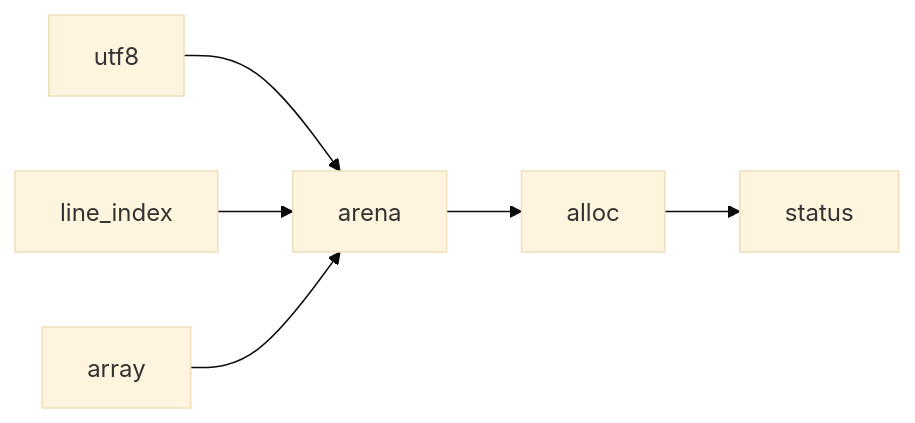
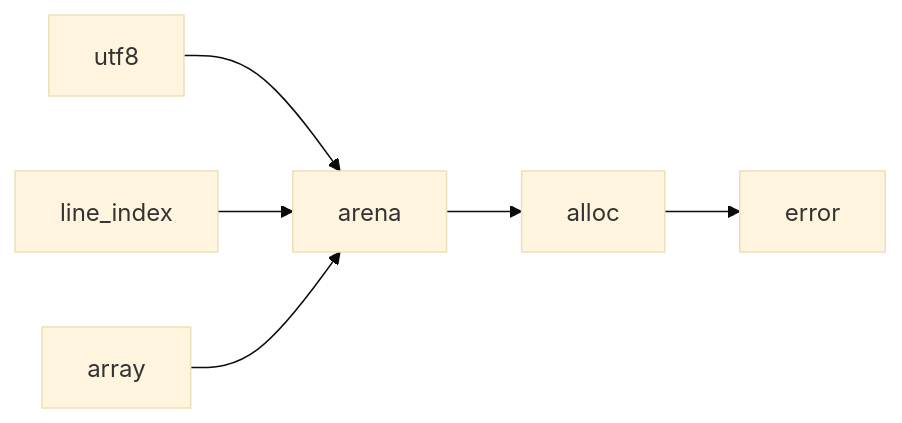
Before and after one commit to ktdevx/amark-private: the second of 4 diagrams in .kiro/specs/project-foundation/design.md, drawn with Mermaid (base theme). The commit also changed other lines of this file and 4 other files, not shown here.

````diff
--- a/.kiro/specs/project-foundation/design.md
+++ b/.kiro/specs/project-foundation/design.md
@@ -103,8 +103,8 @@
 ```mermaid
 graph LR
     Utf8[utf8] --> Arena[arena]
     LineIndex[line_index] --> Arena
     Array[array] --> Arena
     Arena --> Alloc[alloc]
-    Alloc --> Status[status]
+    Alloc --> Error[error]
 ```
````
